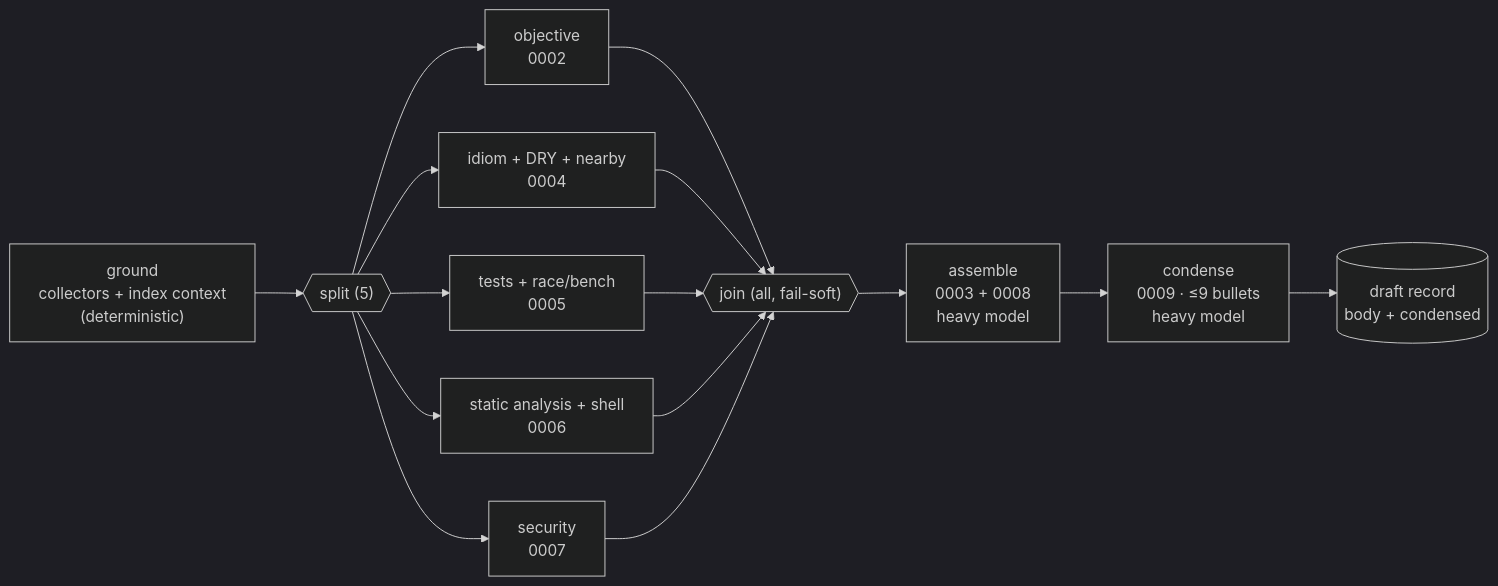
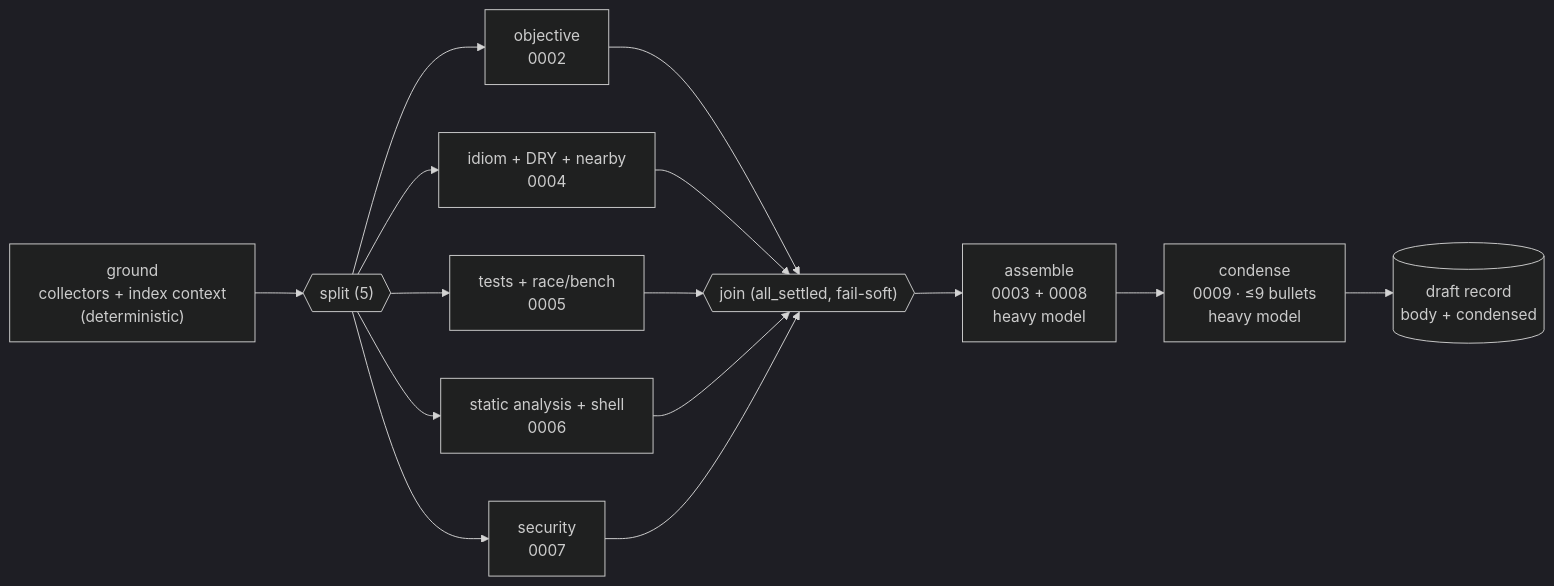
The diagram in docs/design/review-graph/01-review-graph.md (randomizedcoder/agent-seddon), drawn with Mermaid (dark theme) before and after one commit. The commit also changed other lines of this file and 6 other files, not shown here.

First line of the commit message:
docs(review-graph): second fleet review — full refspec for the base fetch, all_settled, body sha guard

````diff
--- a/docs/design/review-graph/01-review-graph.md
+++ b/docs/design/review-graph/01-review-graph.md
@@ -8,18 +8,18 @@
 ```mermaid
 flowchart LR
   ground["ground<br/>collectors + index context<br/>(deterministic)"]
   split{{"split (5)"}}
   objective["objective<br/>0002"]
   idiom["idiom + DRY + nearby<br/>0004"]
   tests["tests + race/bench<br/>0005"]
   static["static analysis + shell<br/>0006"]
   security["security<br/>0007"]
-  join{{"join (all, fail-soft)"}}
+  join{{"join (all_settled, fail-soft)"}}
   assemble["assemble<br/>0003 + 0008<br/>heavy model"]
   condense["condense<br/>0009 · ≤9 bullets<br/>heavy model"]
   draft[("draft record<br/>body + condensed")]
   ground --> split
   split --> objective & idiom & tests & static & security
   objective & idiom & tests & static & security --> join
   join --> assemble --> condense --> draft
 ```
````
